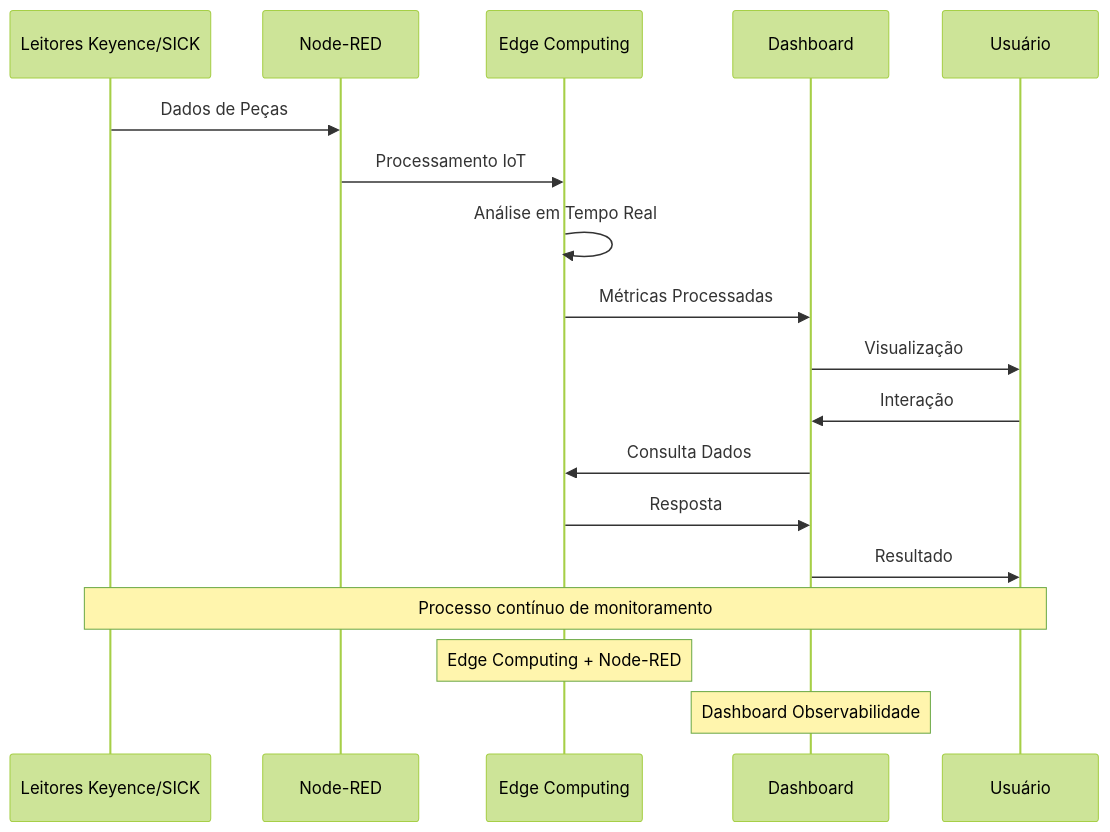
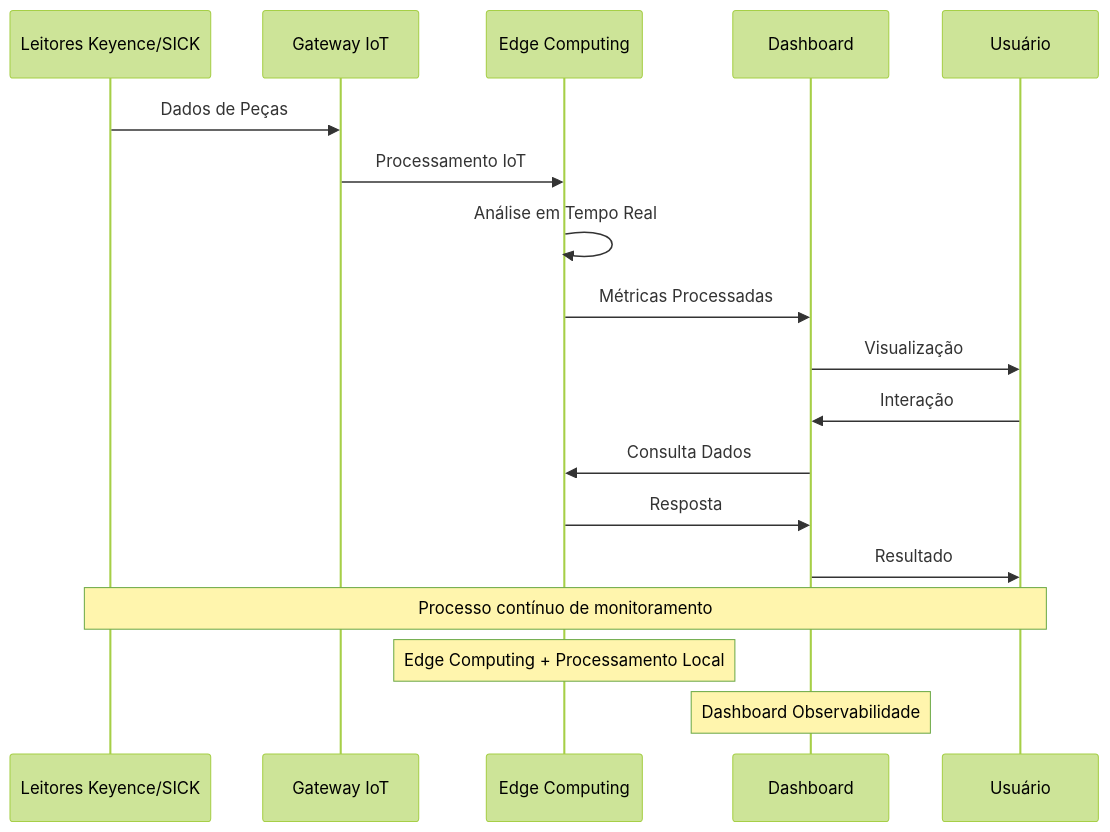
Before and after one commit to afonsolelis/20254_inteli_ad04: the fifth of 5 diagrams in README.md, drawn with Mermaid (forest theme). The commit also changed other lines of this file, not shown here.

Commit message:
fix: Remove all Node-RED references from documentation
- Remove Node-RED from sequence diagram, replace with Gateway IoT
- Remove Node-RED from 4-layer architecture, replace with Processamento Local
- Remove Node-RED from current technologies table, replace with Sistema IoT proprietário
- Update sequence diagram notes to reflect local processing instead of Node-RED
- Ensure all diagrams and documentation are consistent without Node-RED references

````diff
--- a/README.md
+++ b/README.md
@@ -343,22 +343,22 @@
 ```mermaid
 sequenceDiagram
     participant K as Leitores Keyence/SICK
-    participant N as Node-RED
+    participant G as Gateway IoT
     participant E as Edge Computing
     participant D as Dashboard
     participant U as Usuário
     
-    K->>N: Dados de Peças
-    N->>E: Processamento IoT
+    K->>G: Dados de Peças
+    G->>E: Processamento IoT
     E->>E: Análise em Tempo Real
     E->>D: Métricas Processadas
     D->>U: Visualização
     U->>D: Interação
     D->>E: Consulta Dados
     E->>D: Resposta
     D->>U: Resultado
     
     Note over K,U: Processo contínuo de monitoramento
-    Note over E: Edge Computing + Node-RED
+    Note over E: Edge Computing + Processamento Local
     Note over D: Dashboard Observabilidade
 ```
````
